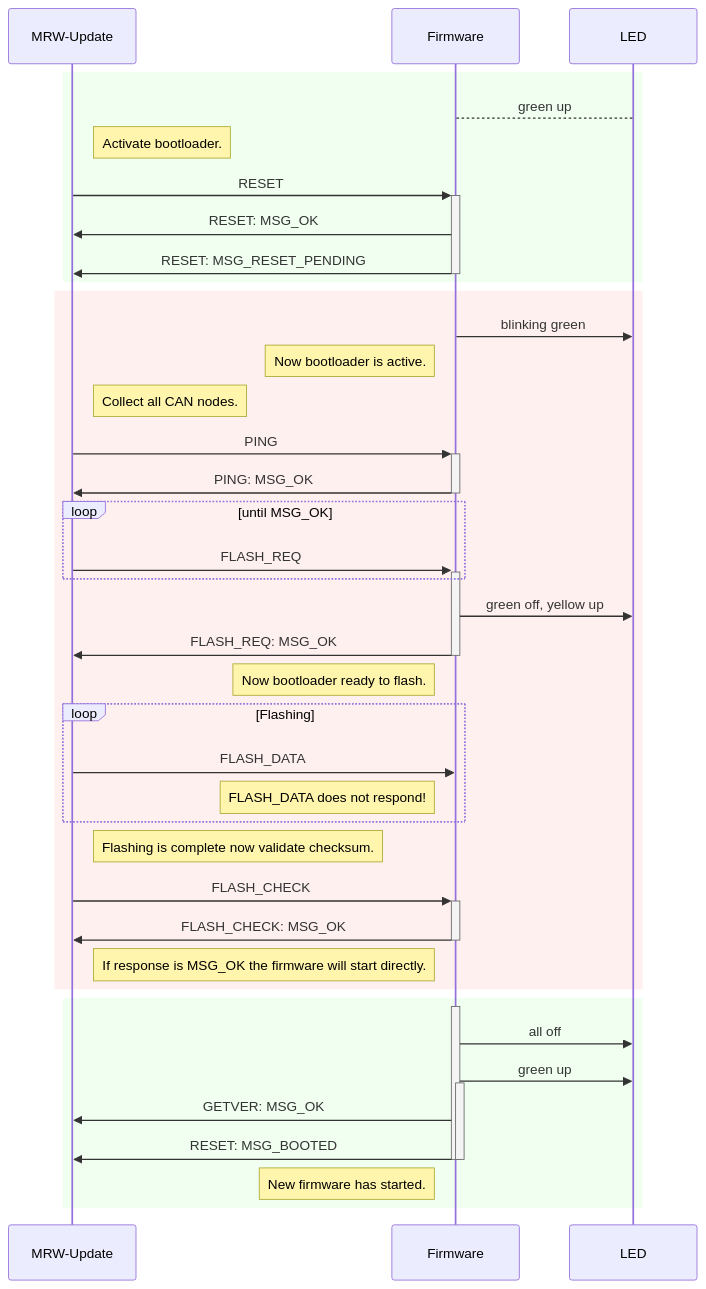
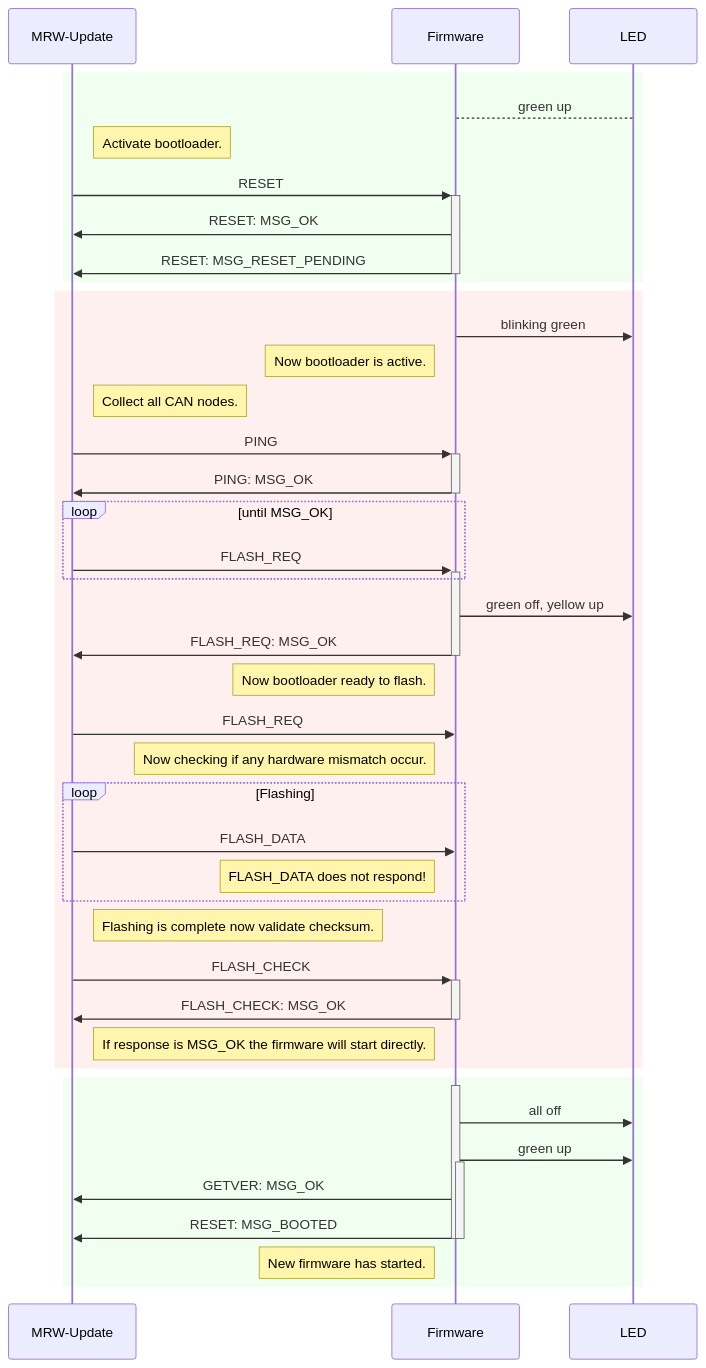
The diagram in tools/update/README.md (stmork/mrw-track-control-ng), drawn with Mermaid before and after one commit. The commit also changed other lines of this file, not shown here.

````diff
--- a/tools/update/README.md
+++ b/tools/update/README.md
@@ -28,54 +38,58 @@
 ```mermaid
 sequenceDiagram
 	Participant T as MRW-Update
 	Participant F as Firmware
 
 	rect rgb(240,255,240)
 		F --> LED: green up
 
 		Note right of T: Activate bootloader.
 		T ->> +F: RESET
 		F ->>  T: RESET: MSG_OK
 		F ->> -T: RESET: MSG_RESET_PENDING
 	end
 
 	rect rgb(255,240,240)
 		F ->> LED: blinking green
 		Note left of F: Now bootloader is active.
 		Note right of T: Collect all CAN nodes.
 		T ->> +F: PING
 		F ->> -T: PING: MSG_OK
 
 		loop until MSG_OK
 			T ->> +F: FLASH_REQ
 		end
 		F ->> LED: green off, yellow up
 		F ->> -T: FLASH_REQ: MSG_OK
 
 		Note left of F: Now bootloader ready to flash.
+
+		T ->> F: FLASH_REQ
+		Note left of F: Now checking if any hardware mismatch occur.
+
 		loop Flashing
 			T ->> F: FLASH_DATA
 		Note left of F: FLASH_DATA does not respond!
 		end
 
 		Note right of T: Flashing is complete now validate checksum.
 		T ->> +F: FLASH_CHECK
 
 		F ->> -T: FLASH_CHECK: MSG_OK
 		Note left of F: If response is MSG_OK the firmware will start  directly.
 	end
 
 	rect rgb(240,255,240)
 		activate F
 		F ->> LED: all off
 
 		F ->> LED: green up
 		activate F
 
 		F ->> T: GETVER: MSG_OK
 		F ->> T: RESET: MSG_BOOTED
 		deactivate F
 		deactivate F
 		Note left of F: New firmware has started.
 	end
 ```
````
